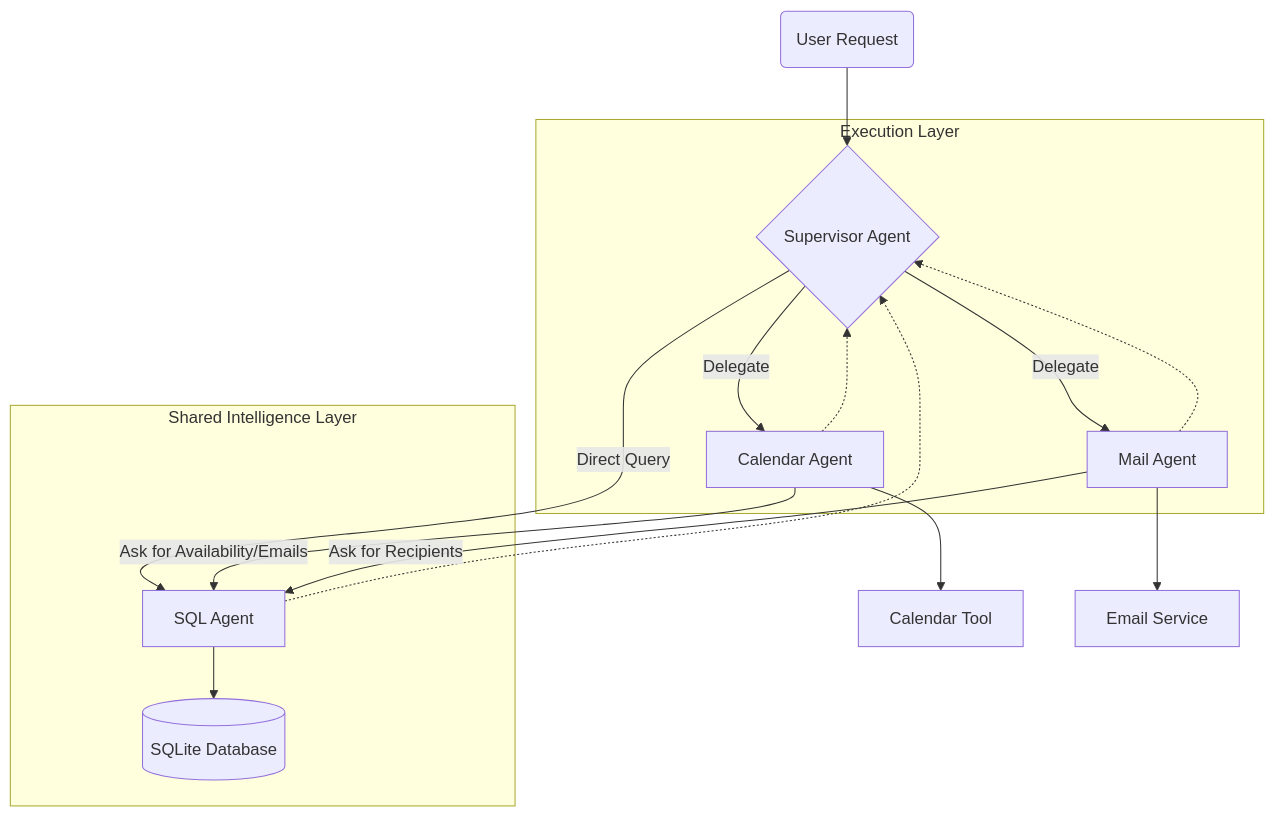
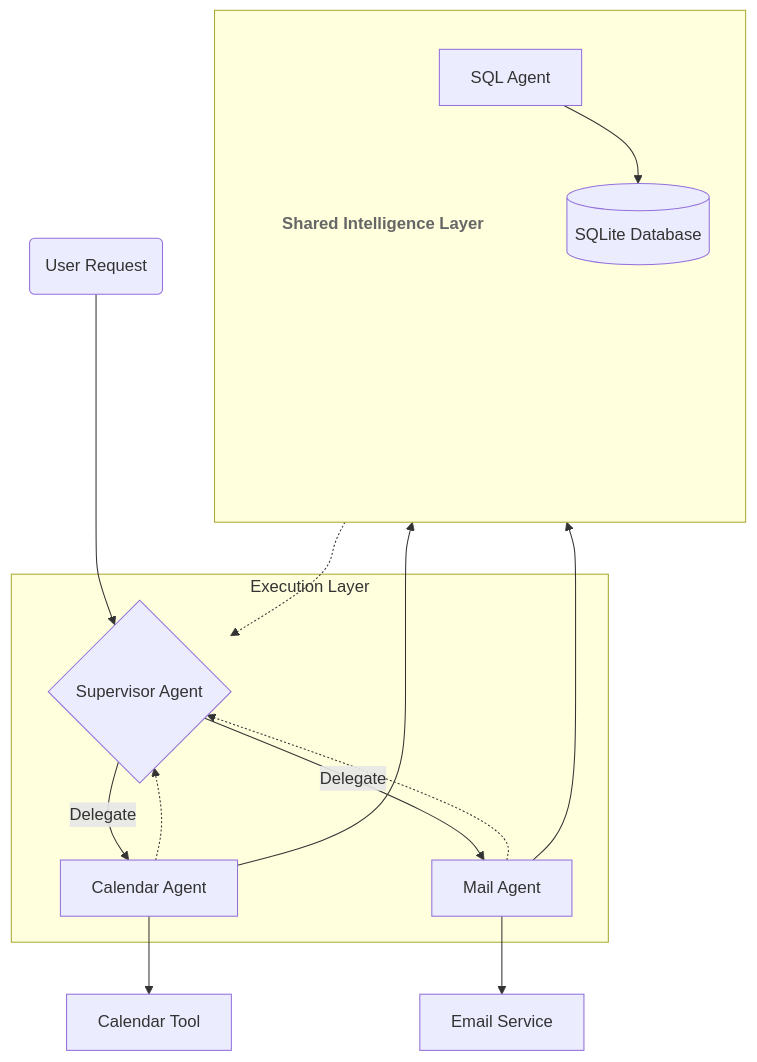
The diagram in README.md (danielecelsa/mail-calendar-assistant), drawn with Mermaid before and after one commit.

Commit message:
Readme graph

````diff
--- a/README.md
+++ b/README.md
@@ -45,44 +45,48 @@
 ```mermaid
 graph TD
     User(User Request) --> Supervisor{Supervisor Agent}
     
     subgraph "Execution Layer"
         Supervisor -- "Delegate" --> Cal[Calendar Agent]
         Supervisor -- "Delegate" --> Mail[Mail Agent]
     end
     
-    subgraph "Shared Intelligence Layer"
-        %% 1. The Pad node creates the vertical space
-        Pad[ ]
+    %% 1. Use a blank title [" "] to clear the top space
+    subgraph SIL [" "]
+        direction TB
         
-        %% 2. Link Pad to SQL to push SQL down
-        Pad ~~~ SQL[SQL Agent]
-
+        %% 2. The Core Boxes
+        SQL[SQL Agent]
         DB[(SQLite Database)]
         SQL --> DB
+        
+        %% 3. The Footer Row (L=Label, C=Center, R=Right Spacer)
+        %% This creates a wide base that prevents the "Side-by-Side" flip
+        L["Shared Intelligence Layer"] ~~~ C[ ] ~~~ R[ ]
+        
+        %% 4. Keep things centered and pushed to the bottom
+        DB ~~~ C
+        SQL ~~~ L
     end
-
-    %% 3. CRITICAL: Invisible anchor to keep the diagram Vertical
-    %% Linking the center of the top to the pad forces a Top-Down layout
-    Supervisor ~~~ Pad
     
-    %% The Supervisor can call SQL directly
-    Supervisor -- "Direct Query" --> SQL
+    %% 5. The "Vertical Lock"
+    %% Linking the side-workers to the SQL agent helps keep the vertical flow
+    Cal --> SQL
+    Mail --> SQL
     
-    %% The CRITICAL part: Workers calling the SQL Agent
-    Cal -- "Ask for Availability/Emails" --> SQL
-    Mail -- "Ask for Recipients" --> SQL
-    
-    %% Tools
+    %% Tool Connections
     Cal --> GCal[Calendar Tool]
     Mail --> SMTP[Email Service]
     
     %% Returns
     Cal -.-> Supervisor
     Mail -.-> Supervisor
     SQL -.-> Supervisor
 
-    %% 4. Styling to hide the Pad entirely
+    %% STYLING
+    classDef labelStyle fill:none,stroke:none,color:#666,font-weight:bold,font-size:16px;
     classDef invisible fill:none,stroke:none,color:#0000,font-size:0px;
-    class Pad invisible;
+    
+    class L labelStyle;
+    class C,R invisible;
 ```
````
